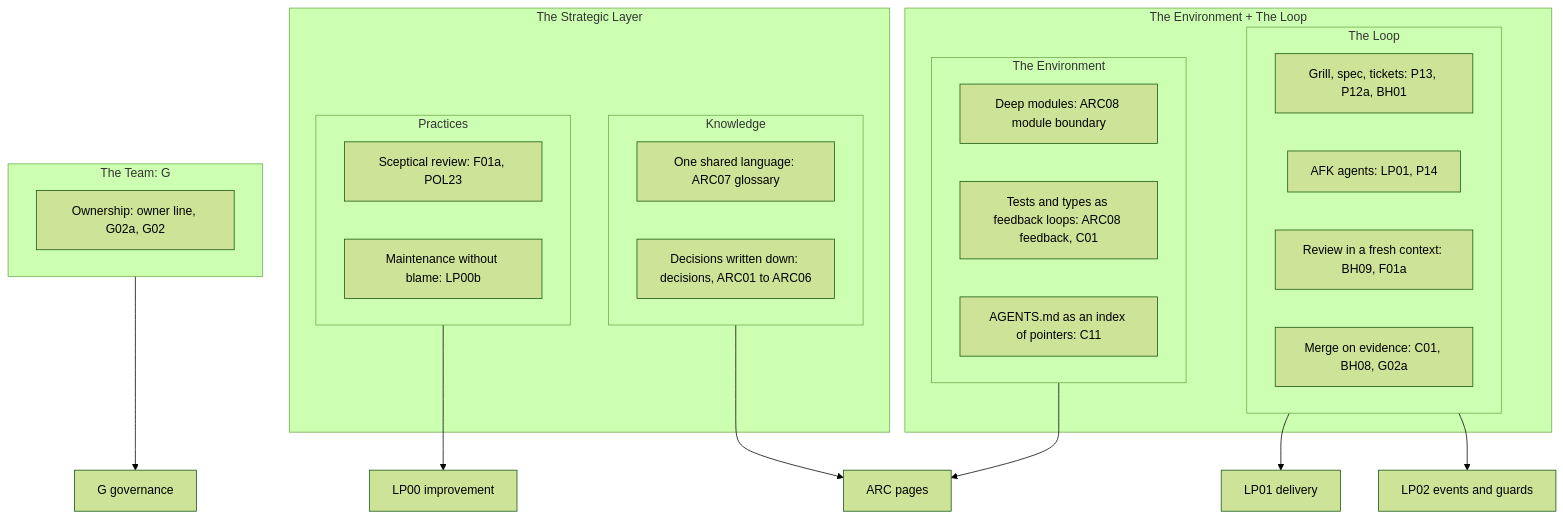
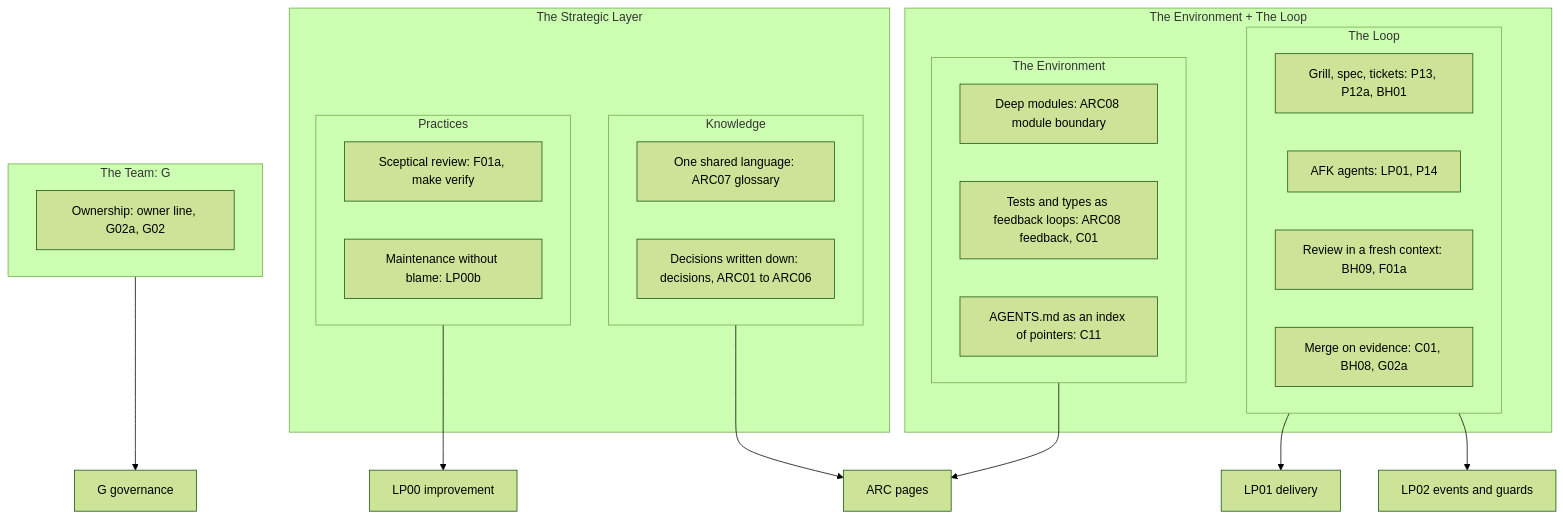
Before and after one commit to svennijhuis/agentic-workflows: the second of 2 diagrams in docs/pbi/vision.md, drawn with Mermaid (forest theme). The commit also changed other lines of this file and 986 other files, not shown here.

````diff
--- a/docs/pbi/vision.md
+++ b/docs/pbi/vision.md
@@ -52,35 +49,35 @@
 ```mermaid
 flowchart TB
   subgraph EL[The Environment + The Loop]
     subgraph LOOP[The Loop]
       L1[Grill, spec, tickets: P13, P12a, BH01]
       L2[AFK agents: LP01, P14]
       L3[Review in a fresh context: BH09, F01a]
       L4[Merge on evidence: C01, BH08, G02a]
     end
     subgraph ENV[The Environment]
       E1[Deep modules: ARC08 module boundary]
       E2[Tests and types as feedback loops: ARC08 feedback, C01]
       E3[AGENTS.md as an index of pointers: C11]
     end
   end
   subgraph SL[The Strategic Layer]
     subgraph KN[Knowledge]
       K1[One shared language: ARC07 glossary]
       K2[Decisions written down: decisions, ARC01 to ARC06]
     end
     subgraph PR[Practices]
-      P1[Sceptical review: F01a, POL23]
+      P1[Sceptical review: F01a, make verify]
       P2[Maintenance without blame: LP00b]
     end
   end
   subgraph TEAM[The Team: G]
     T1[Ownership: owner line, G02a, G02]
   end
   LOOP --> LP01X[LP01 delivery]
   LOOP --> LP02X[LP02 events and guards]
   PR --> LP00X[LP00 improvement]
   ENV --> ARCX[ARC pages]
   KN --> ARCX
   TEAM --> GX[G governance]
 ```
````
